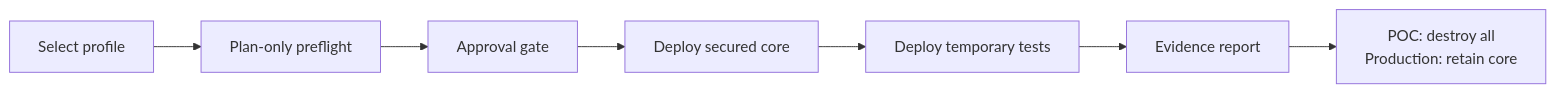
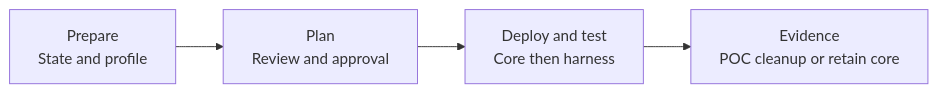
Before and after one commit to Taipan-Academy/taipan-azure-vwan-accelerator: the diagram in docs/operations/USER-JOURNEY.md, drawn with Mermaid. The commit also changed 1 other file, not shown here.

Commit message:
docs: streamline customer journey diagrams

````diff
--- a/docs/operations/USER-JOURNEY.md
+++ b/docs/operations/USER-JOURNEY.md
@@ -3,9 +3,10 @@
 ```mermaid
 flowchart LR
-    A["Select profile"] --> B["Plan-only preflight"]
-    B --> C["Approval gate"]
-    C --> D["Deploy secured core"]
-    D --> E["Deploy temporary tests"]
-    E --> F["Evidence report"]
-    F --> G["POC: destroy all\nProduction: retain core"]
+    A["Prepare
+State and profile"] --> B["Plan
+Review and approval"]
+    B --> C["Deploy and test
+Core then harness"]
+    C --> D["Evidence
+POC cleanup or retain core"]
 ```
````
